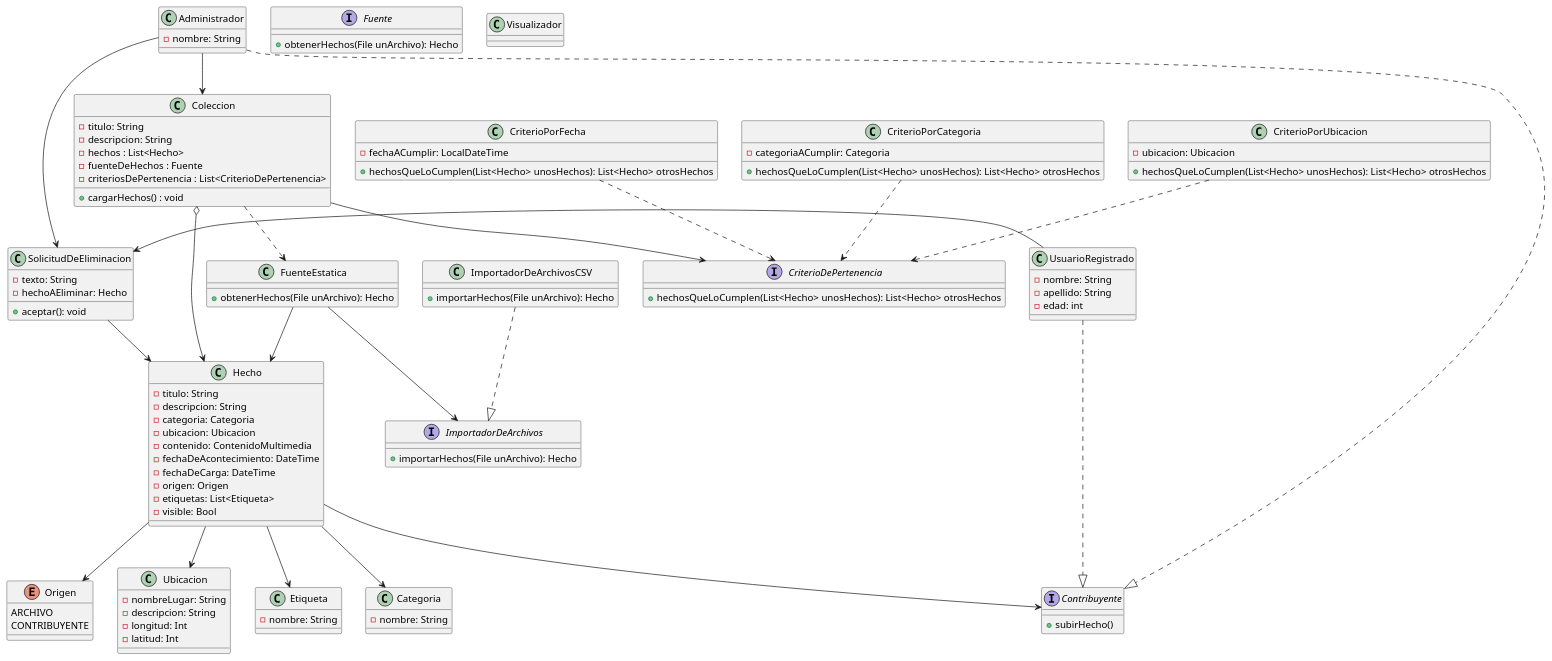
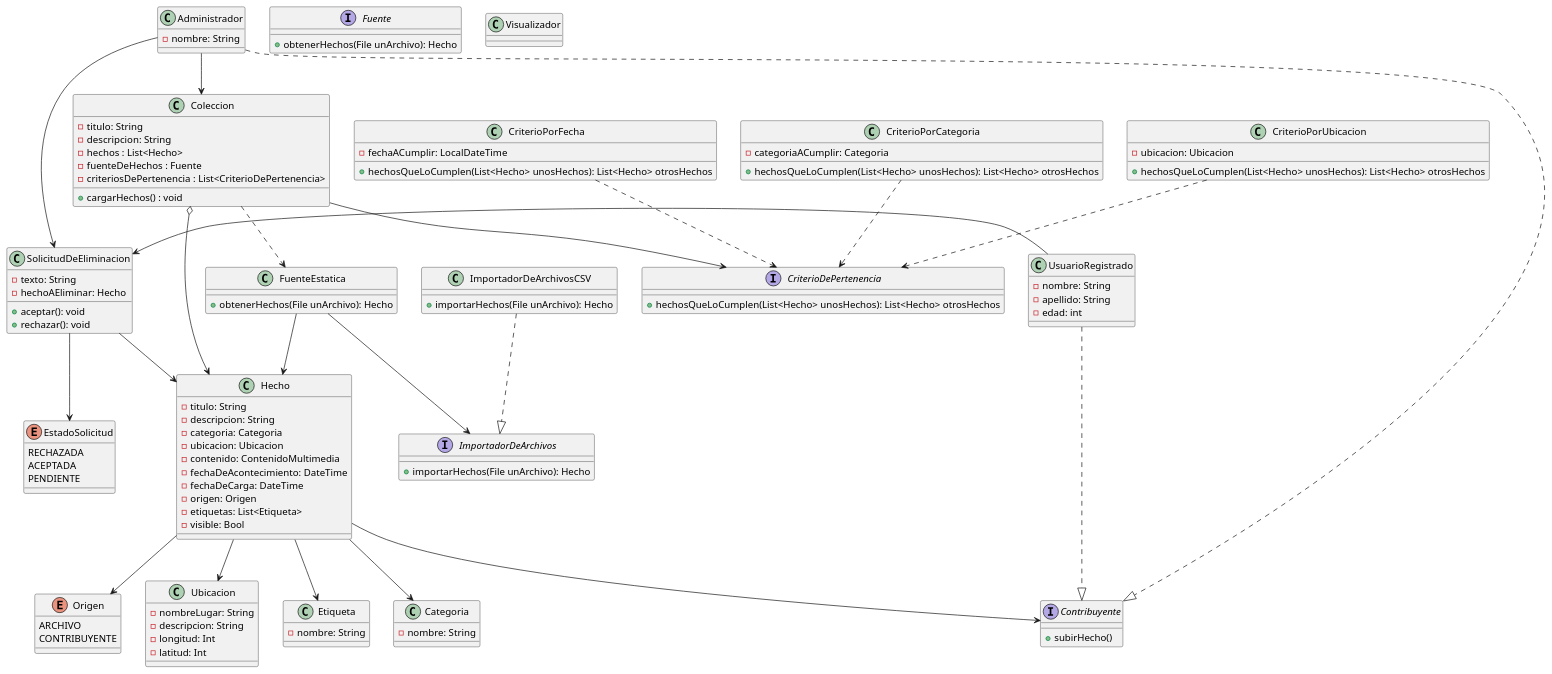
Before and after one commit to vrramiro/tpa-DDSI-2025: the diagram in diagrams/TPA-1eraEntrega.puml, drawn with PlantUML. The commit also changed 10 other files, not shown here.

```diff
--- a/diagrams/TPA-1eraEntrega.puml
+++ b/diagrams/TPA-1eraEntrega.puml
@@ -1,135 +1,143 @@
 @startuml
 'https://plantuml.com/class-diagram
 
 FuenteEstatica --> Hecho
 Coleccion ..> FuenteEstatica
 Coleccion o--> Hecho
 Hecho --> Categoria
 Hecho --> Origen
 Hecho --> Contribuyente
 UsuarioRegistrado ..|> Contribuyente
 Administrador ..|> Contribuyente
 Administrador --> Coleccion
 SolicitudDeEliminacion --> Hecho
+SolicitudDeEliminacion --> EstadoSolicitud
 Administrador -> SolicitudDeEliminacion
 UsuarioRegistrado -> SolicitudDeEliminacion
 ImportadorDeArchivosCSV ..|> ImportadorDeArchivos
 FuenteEstatica --> ImportadorDeArchivos
 Coleccion --> CriterioDePertenencia
 CriterioPorFecha ..> CriterioDePertenencia
 CriterioPorCategoria ..> CriterioDePertenencia
 CriterioPorUbicacion ..> CriterioDePertenencia
 Hecho --> Ubicacion
 Hecho--> Etiqueta
 
 class Hecho {
     - titulo: String
     - descripcion: String
     - categoria: Categoria
     - ubicacion: Ubicacion
     - contenido: ContenidoMultimedia
     - fechaDeAcontecimiento: DateTime
     - fechaDeCarga: DateTime
     - origen: Origen
     - etiquetas: List<Etiqueta>
     - visible: Bool
 }
 
 class Etiqueta {
     - nombre: String
 }
 
 class Ubicacion{
     - nombreLugar: String
     - descripcion: String
     - longitud: Int
     - latitud: Int
 }
 
 'Enum porque no tiene comportamiento, y necesitamos evitar inconsistencia
 enum Origen {
     ARCHIVO
     CONTRIBUYENTE
 }
 
 'Por consistencia de datos
 class Categoria {
     - nombre: String
 }
 
 class SolicitudDeEliminacion {
     - texto: String
     - hechoAEliminar: Hecho
 
     + aceptar(): void
+    + rechazar(): void
+}
+
+enum EstadoSolicitud {
+    RECHAZADA
+    ACEPTADA
+    PENDIENTE
 }
 
 interface Fuente {
     + obtenerHechos(File unArchivo): Hecho
 }
 
 class FuenteEstatica {
     + obtenerHechos(File unArchivo): Hecho
 }
 
 class Coleccion {
     - titulo: String
     - descripcion: String
     - hechos : List<Hecho>
     - fuenteDeHechos : Fuente
     - criteriosDePertenencia : List<CriterioDePertenencia>
 
     + cargarHechos() : void
 }
 
 'VER
 interface CriterioDePertenencia {
     + hechosQueLoCumplen(List<Hecho> unosHechos): List<Hecho> otrosHechos
 }
 
 class CriterioPorFecha {
     - fechaACumplir: LocalDateTime
 
     + hechosQueLoCumplen(List<Hecho> unosHechos): List<Hecho> otrosHechos
 }
 
 class CriterioPorCategoria {
     - categoriaACumplir: Categoria
 
     + hechosQueLoCumplen(List<Hecho> unosHechos): List<Hecho> otrosHechos
 }
 
 class CriterioPorUbicacion {
     - ubicacion: Ubicacion
 
     + hechosQueLoCumplen(List<Hecho> unosHechos): List<Hecho> otrosHechos
 }
 
 interface Contribuyente {
     + subirHecho()
 }
 
 class Administrador {
     -nombre: String
 }
 
 class Visualizador {
 
 }
 
 class UsuarioRegistrado {
     -nombre: String
     -apellido: String
     -edad: int
 
 }
 
 interface ImportadorDeArchivos {
     + importarHechos(File unArchivo): Hecho
 }
 
 class ImportadorDeArchivosCSV {
      + importarHechos(File unArchivo): Hecho
 }
 
 @enduml
```
